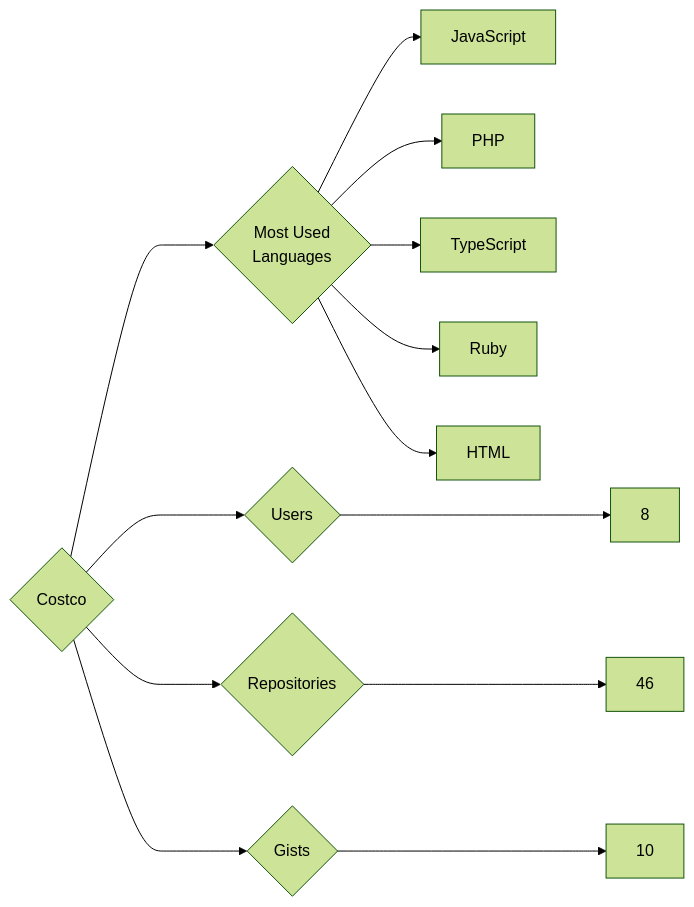
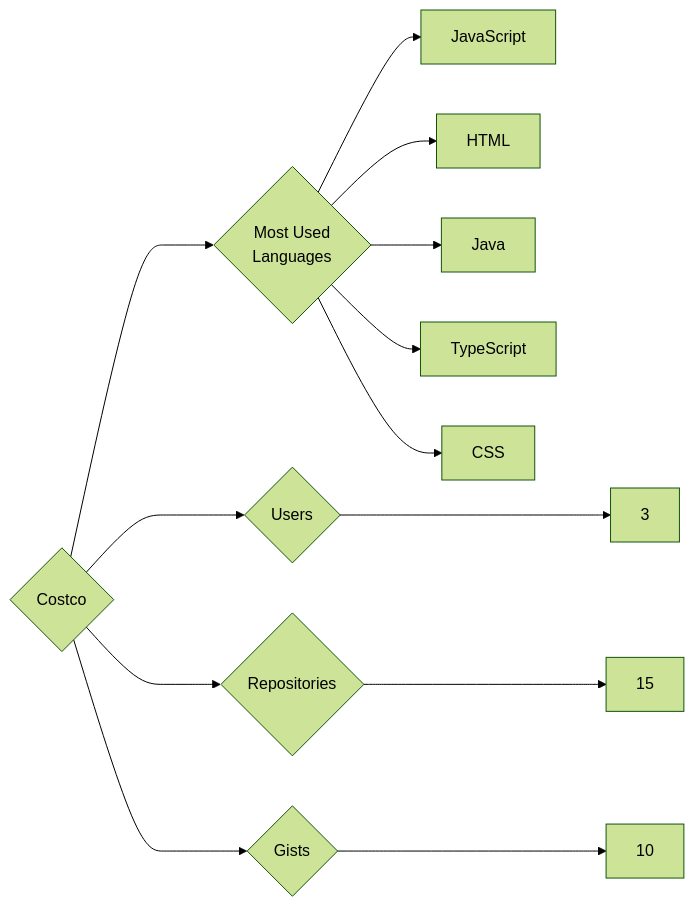
One commit to trickest/insiders changed the diagram in targets/Costco/README.md. Above: the diagram before and after it, drawn with Mermaid (forest theme). The commit also changed 840 other files, not shown here.

````diff
--- a/targets/Costco/README.md
+++ b/targets/Costco/README.md
@@ -3,13 +3,13 @@
 ```mermaid
 graph LR
 COMPANY_NAME{Costco}
-COMPANY_NAME ---> U{Users} ---> UN[8]
-COMPANY_NAME ---> R{Repositories} ---> RN[46]
+COMPANY_NAME ---> U{Users} ---> UN[3]
+COMPANY_NAME ---> R{Repositories} ---> RN[15]
 COMPANY_NAME ---> G{Gists} ---> GN[10]
 COMPANY_NAME ---> ML{Most Used<br>Languages}
 ML --> JavaScript[JavaScript]
-ML --> PHP[PHP]
+ML --> HTML[HTML]
+ML --> Java[Java]
 ML --> TypeScript[TypeScript]
-ML --> Ruby[Ruby]
-ML --> HTML[HTML]
+ML --> CSS[CSS]
 ```
````
